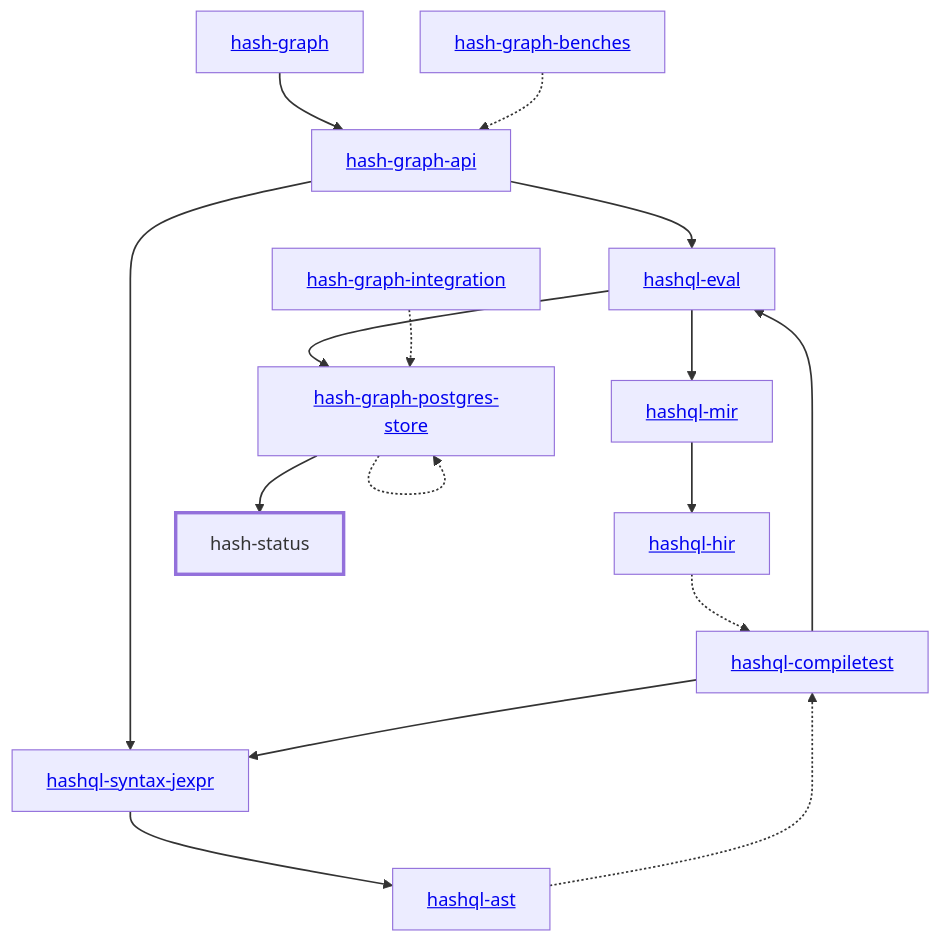
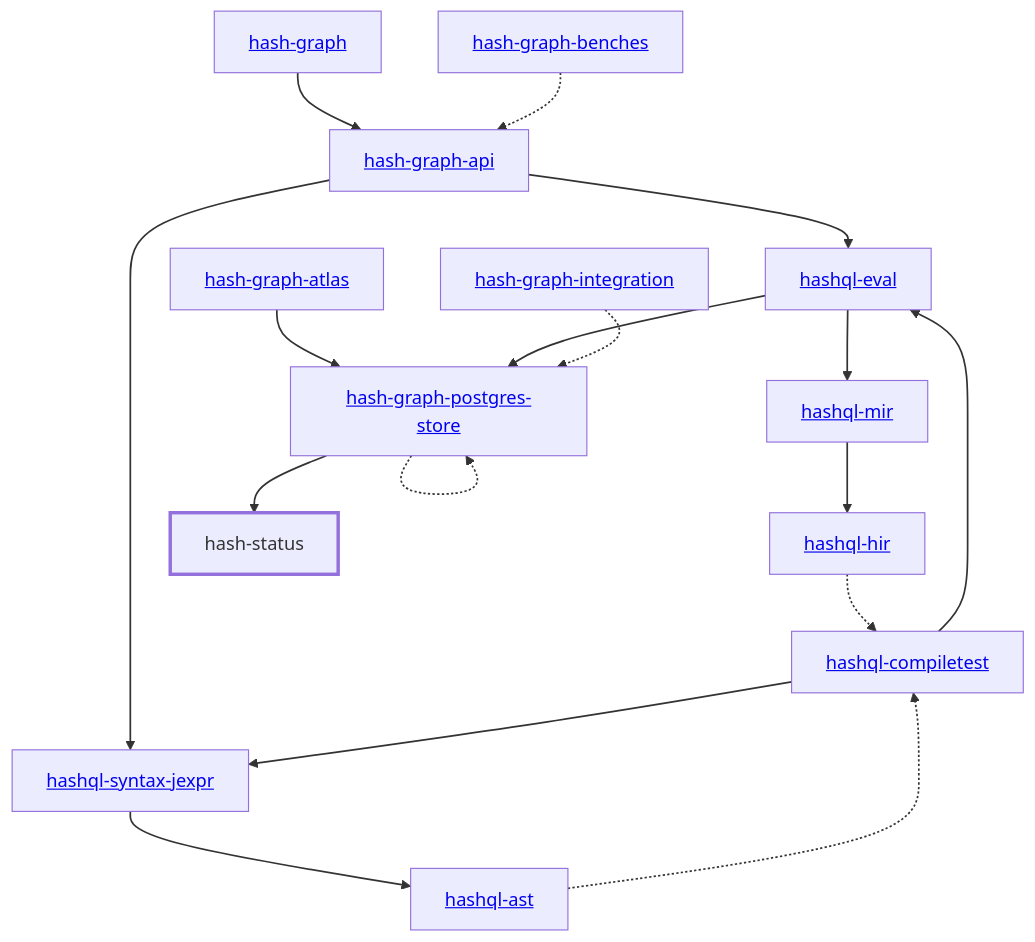
The diagram in libs/@local/status/rust/docs/dependency-diagram.mmd (hashintel/hash), drawn with Mermaid before and after one commit. The commit also changed 640 other files, not shown here.

Commit message:
feat: the hash-graph-atlas crate

```diff
--- a/libs/@local/status/rust/docs/dependency-diagram.mmd
+++ b/libs/@local/status/rust/docs/dependency-diagram.mmd
@@ -1,38 +1,40 @@
 graph TD
     linkStyle default stroke-width:1.5px
     classDef default stroke-width:1px
     classDef root stroke-width:3px
     classDef dev stroke-width:1px
     classDef build stroke-width:1px
     %% Legend
     %% --> : Normal dependency
     %% -.-> : Dev dependency
     %% ---> : Build dependency
     0[<a href="../hash_graph/index.html">hash-graph</a>]
     1[<a href="../hash_graph_api/index.html">hash-graph-api</a>]
-    2[<a href="../hash_graph_postgres_store/index.html">hash-graph-postgres-store</a>]
-    3[<a href="../hashql_ast/index.html">hashql-ast</a>]
-    4[<a href="../hashql_compiletest/index.html">hashql-compiletest</a>]
-    5[<a href="../hashql_eval/index.html">hashql-eval</a>]
-    6[<a href="../hashql_hir/index.html">hashql-hir</a>]
-    7[<a href="../hashql_mir/index.html">hashql-mir</a>]
-    8[<a href="../hashql_syntax_jexpr/index.html">hashql-syntax-jexpr</a>]
-    9[hash-status]
-    class 9 root
-    10[<a href="../hash_graph_benches/index.html">hash-graph-benches</a>]
-    11[<a href="../hash_graph_integration/index.html">hash-graph-integration</a>]
+    2[<a href="../hash_graph_atlas/index.html">hash-graph-atlas</a>]
+    3[<a href="../hash_graph_postgres_store/index.html">hash-graph-postgres-store</a>]
+    4[<a href="../hashql_ast/index.html">hashql-ast</a>]
+    5[<a href="../hashql_compiletest/index.html">hashql-compiletest</a>]
+    6[<a href="../hashql_eval/index.html">hashql-eval</a>]
+    7[<a href="../hashql_hir/index.html">hashql-hir</a>]
+    8[<a href="../hashql_mir/index.html">hashql-mir</a>]
+    9[<a href="../hashql_syntax_jexpr/index.html">hashql-syntax-jexpr</a>]
+    10[hash-status]
+    class 10 root
+    11[<a href="../hash_graph_benches/index.html">hash-graph-benches</a>]
+    12[<a href="../hash_graph_integration/index.html">hash-graph-integration</a>]
     0 --> 1
-    1 --> 5
-    1 --> 8
-    2 -.-> 2
-    2 --> 9
-    3 -.-> 4
-    4 --> 5
-    4 --> 8
-    5 --> 2
-    5 --> 7
-    6 -.-> 4
-    7 --> 6
-    8 --> 3
-    10 -.-> 1
-    11 -.-> 2
+    1 --> 6
+    1 --> 9
+    2 --> 3
+    3 -.-> 3
+    3 --> 10
+    4 -.-> 5
+    5 --> 6
+    5 --> 9
+    6 --> 3
+    6 --> 8
+    7 -.-> 5
+    8 --> 7
+    9 --> 4
+    11 -.-> 1
+    12 -.-> 3
```
